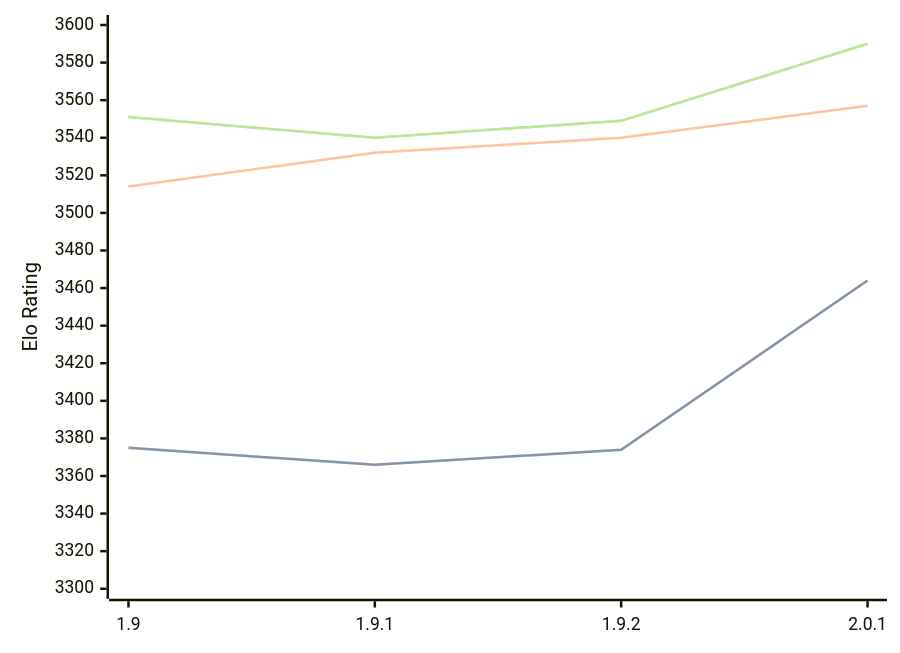
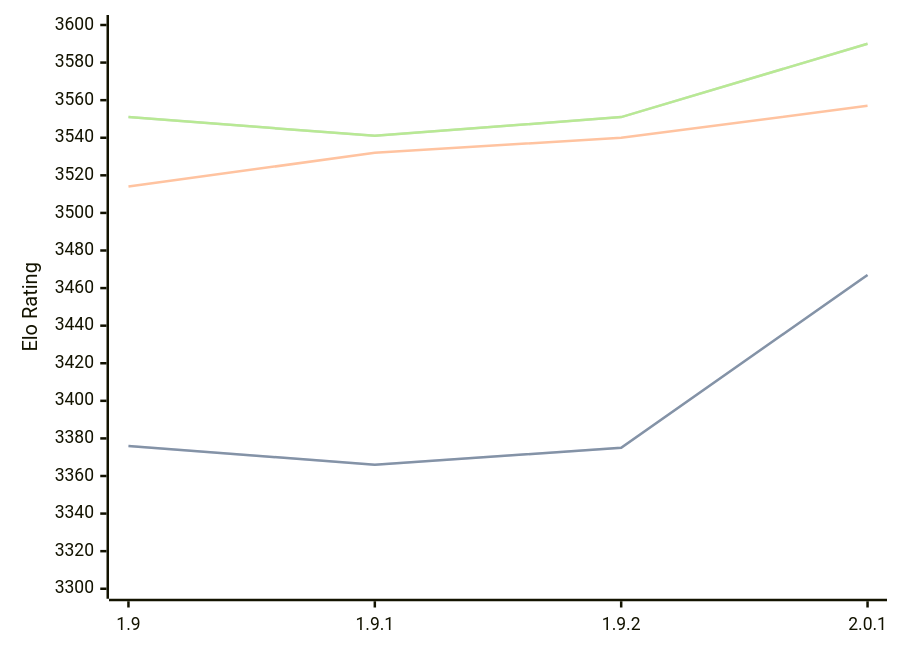
The diagram in engines/Pawnocchio.md (computer-chess-index/cci), drawn with Mermaid before and after one commit. The commit also changed other lines of this file, not shown here.

Commit message:
Update CCI Ratings (ELO VLTC) - 2026-08-27

````diff
--- a/engines/Pawnocchio.md
+++ b/engines/Pawnocchio.md
@@ -36,11 +36,11 @@
 ```mermaid
 %%{init: {"theme":"base","themeVariables":{"seriesColors:['#a3a3a3','#222221','#faa371']}}}%%
 xychart-beta
   x-axis ["1.9", "1.9.1", "1.9.2", "2.0.1"]
   y-axis "Elo Rating" 3300 --> 3600
-  line "STC (8.0+0.08s)" [3375, 3366, 3374, 3464]
-  line "STC (8.0+0.08s)" [3375, 3366, 3374, 3464]
+  line "STC (8.0+0.08s)" [3376, 3366, 3375, 3467]
+  line "STC (8.0+0.08s)" [3376, 3366, 3375, 3467]
   line "LTC (60.0+0.60s)" [3514, 3532, 3540, 3557]
-  line "VLTC (2m24s+1.12s)" [3551, 3540, 3549, 3590]
-  line "VLTC (2m24s+1.12s)" [3551, 3540, 3549, 3590]
+  line "VLTC (2m24s+1.12s)" [3551, 3541, 3551, 3590]
+  line "VLTC (2m24s+1.12s)" [3551, 3541, 3551, 3590]
 ```
````
